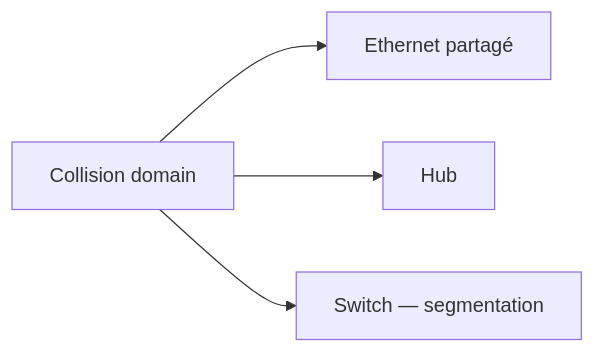
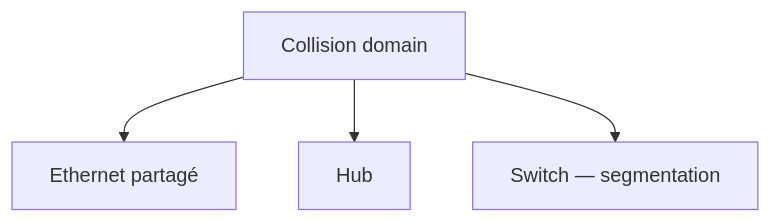
The seventh of 38 diagrams in docs/glossaire/administration-reseau.md (zyrass/omnydocs), drawn with Mermaid before and after one commit. The commit also changed other lines of this file and 1780 other files, not shown here.

````diff
--- a/docs/glossaire/administration-reseau.md
+++ b/docs/glossaire/administration-reseau.md
@@ -151,6 +183,6 @@
-    ```mermaid
-    graph LR
-        A[Collision domain] --> B[Ethernet partagé]
-        A --> C[Hub]
-        A --> D[Switch — segmentation]
-    ```
+```mermaid
+graph TB
+    A[Collision domain] --> B[Ethernet partagé]
+    A --> C[Hub]
+    A --> D[Switch — segmentation]
+```
````
